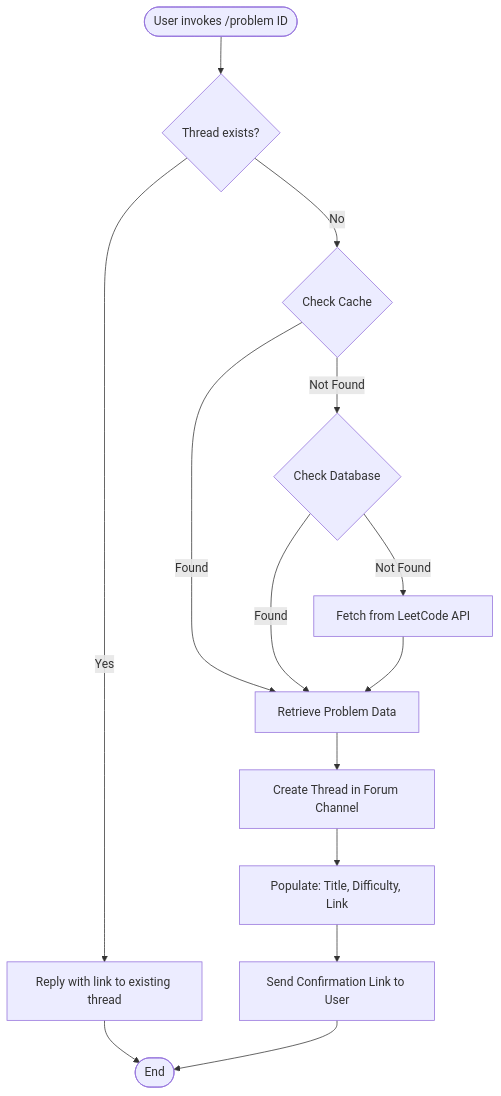
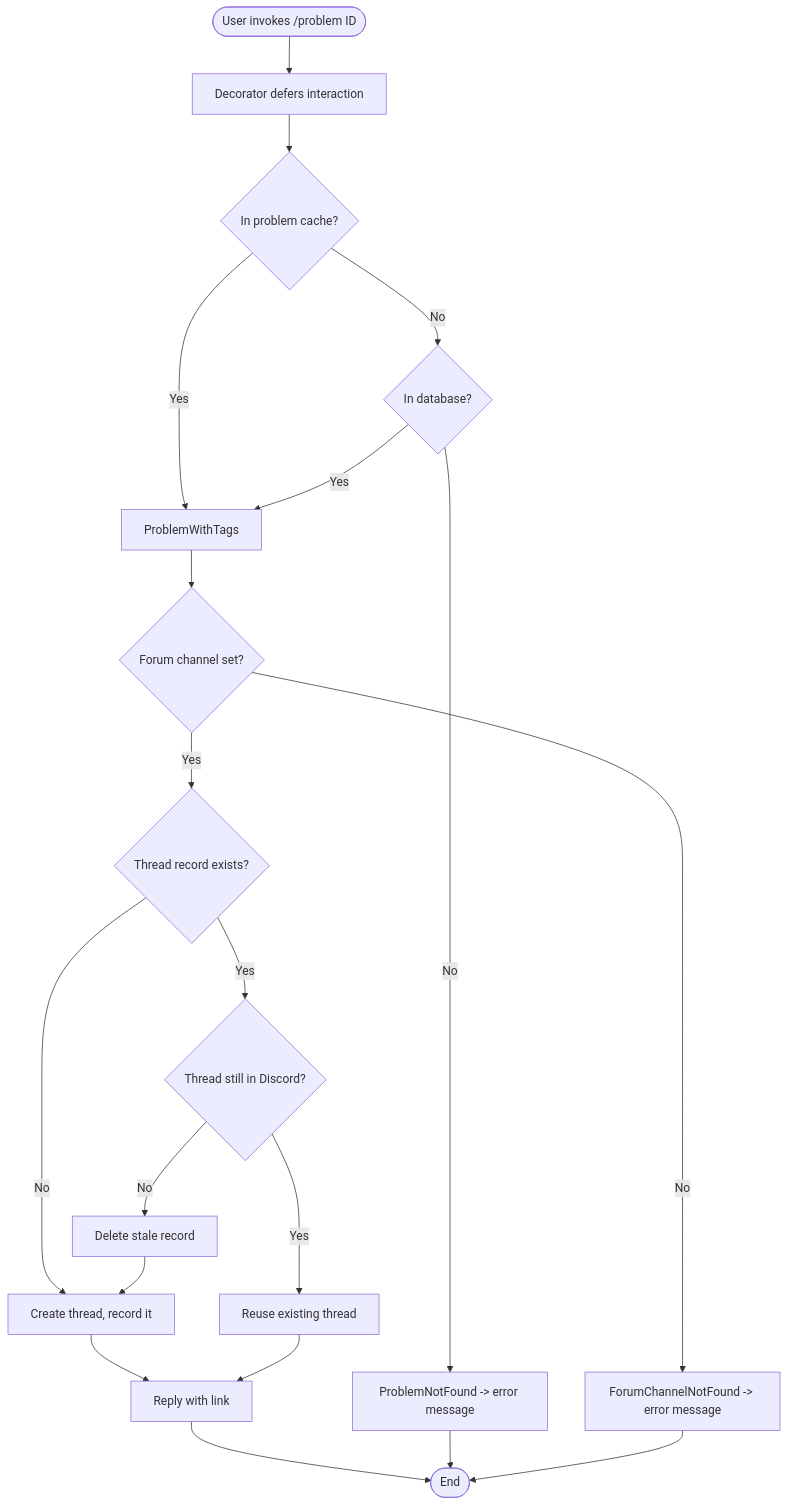
The first of 2 diagrams in docs/architecture/main-feature.md (xDDoubleTea/LeetCodeBot), drawn with Mermaid before and after one commit. The commit also changed other lines of this file and 2 other files, not shown here.

Commit message:
docs: bring the development and architecture pages up to date (#58)

````diff
--- a/docs/architecture/main-feature.md
+++ b/docs/architecture/main-feature.md
@@ -53,26 +44,25 @@
 ```mermaid
 flowchart TD
-Start([User invokes /problem ID]) --> CheckThread{Thread exists?}
+    Start([User invokes /problem ID]) --> Defer[Decorator defers interaction]
+    Defer --> CheckCache{In problem cache?}
 
-    %% Path if thread already exists
-    CheckThread -- Yes --> ReplyLink[Reply with link to existing thread]
+    CheckCache -- Yes --> Resolved[ProblemWithTags]
+    CheckCache -- No --> CheckDB{In database?}
+    CheckDB -- Yes --> Resolved
+    CheckDB -- No --> NotFound[ProblemNotFound -> error message]
 
-    %% Path if thread does not exist
-    CheckThread -- No --> CheckCache{Check Cache}
+    Resolved --> Forum{Forum channel set?}
+    Forum -- No --> NoForum[ForumChannelNotFound -> error message]
+    Forum -- Yes --> Existing{Thread record exists?}
 
-    %% Data Retrieval Strategy
-    CheckCache -- Found --> GetData[Retrieve Problem Data]
-    CheckCache -- Not Found --> CheckDB{Check Database}
+    Existing -- No --> Create[Create thread, record it]
+    Existing -- Yes --> Alive{Thread still in Discord?}
+    Alive -- Yes --> Reuse[Reuse existing thread]
+    Alive -- No --> Purge[Delete stale record] --> Create
 
-    CheckDB -- Found --> GetData
-    CheckDB -- Not Found --> FetchAPI[Fetch from LeetCode API]
-    FetchAPI --> GetData
-
-    %% Creation Process
-    GetData --> CreateThread[Create Thread in Forum Channel]
-    CreateThread --> Populate[Populate: Title, Difficulty, Link]
-    Populate --> Confirm[Send Confirmation Link to User]
-
-    ReplyLink --> End([End])
-    Confirm --> End
+    Create --> Confirm[Reply with link]
+    Reuse --> Confirm
+    Confirm --> End([End])
+    NotFound --> End
+    NoForum --> End
 ```
````
